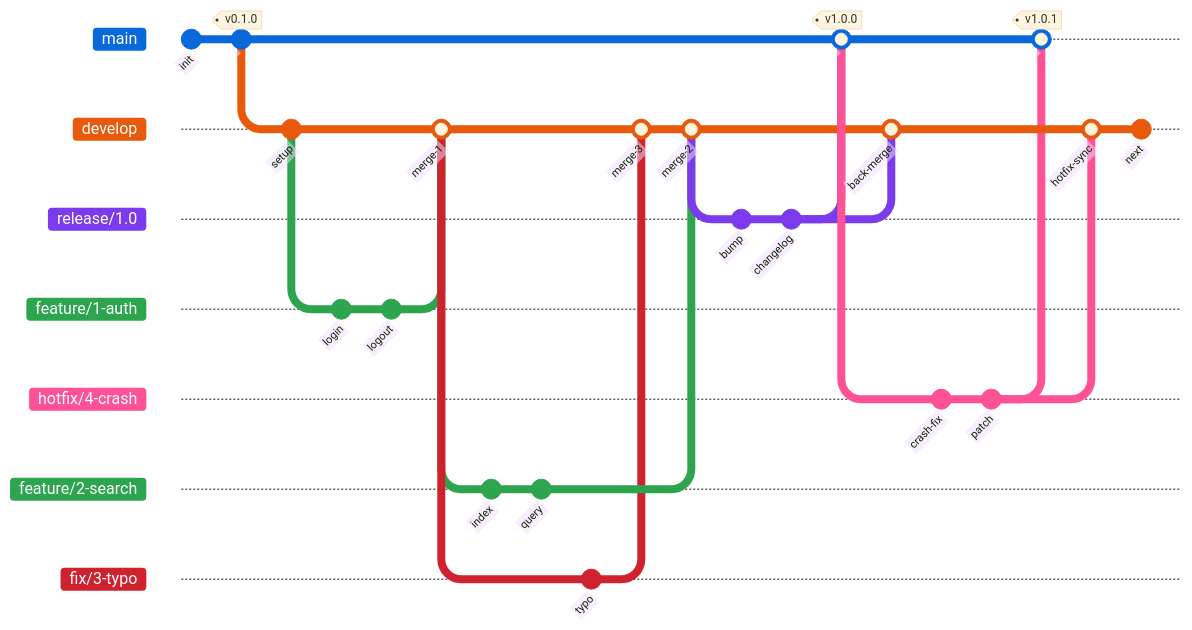
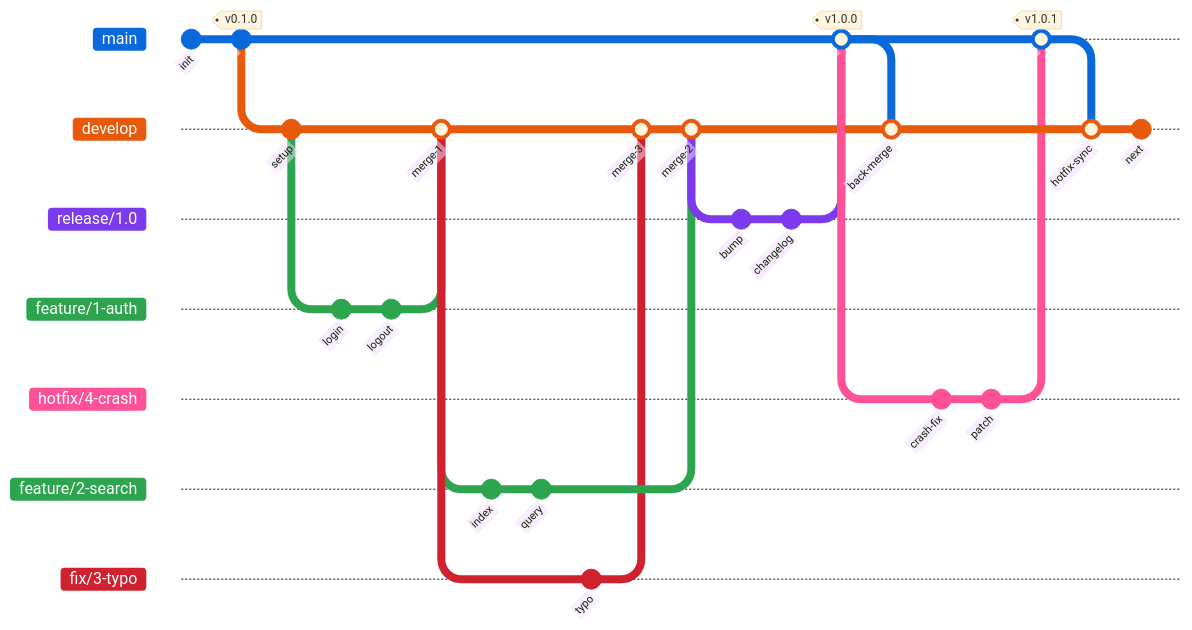
Before and after one commit to qubernetic-org/git-workflow-agent-skill: the diagram in README.md, drawn with Mermaid.

Commit message:
fix: correct back-merge direction in branch model diagram

````diff
--- a/README.md
+++ b/README.md
@@ -64,51 +64,51 @@
 ```mermaid
 %%{init: { 'theme': 'base', 'themeVariables': { 'git0': '#0969da', 'git1': '#e8590c', 'git2': '#7c3aed', 'git3': '#2da44e', 'git4': '#fe5196', 'git5': '#2da44e', 'git6': '#cf222e', 'gitBranchLabel0': '#ffffff', 'gitBranchLabel1': '#ffffff', 'gitBranchLabel2': '#ffffff', 'gitBranchLabel3': '#ffffff', 'gitBranchLabel4': '#ffffff', 'gitBranchLabel5': '#ffffff', 'gitBranchLabel6': '#ffffff', 'commitLabelFontSize': '11px', 'tagLabelFontSize': '12px' }, 'gitGraph': { 'mainBranchName': 'main', 'rotateCommitLabel': true, 'showCommitLabel': true } } }%%
 gitGraph
     commit id: "init"
     commit id: " " tag: "v0.1.0"
 
     branch develop order: 1
     commit id: "setup"
 
     branch "feature/1-auth" order: 2
     commit id: "login"
     commit id: "logout"
 
     checkout develop
     merge "feature/1-auth" id: " merge-1"
 
     branch "feature/2-search" order: 3
     commit id: "index"
     commit id: "query"
 
     checkout develop
     branch "fix/3-typo" order: 4
     commit id: "typo"
 
     checkout develop
     merge "fix/3-typo" id: " merge-3"
     merge "feature/2-search" id: " merge-2"
 
     branch "release/1.0" order: 1
     commit id: "bump"
     commit id: "changelog"
 
     checkout main
     merge "release/1.0" id: "  " tag: "v1.0.0"
 
     checkout develop
-    merge "release/1.0" id: " back-merge"
+    merge main id: " back-merge"
 
     checkout main
     branch "hotfix/4-crash" order: 2
     commit id: "crash-fix"
     commit id: "patch"
 
     checkout main
     merge "hotfix/4-crash" id: "   " tag: "v1.0.1"
 
     checkout develop
-    merge "hotfix/4-crash" id: " hotfix-sync"
+    merge main id: " hotfix-sync"
 
     commit id: "next"
 ```
````
